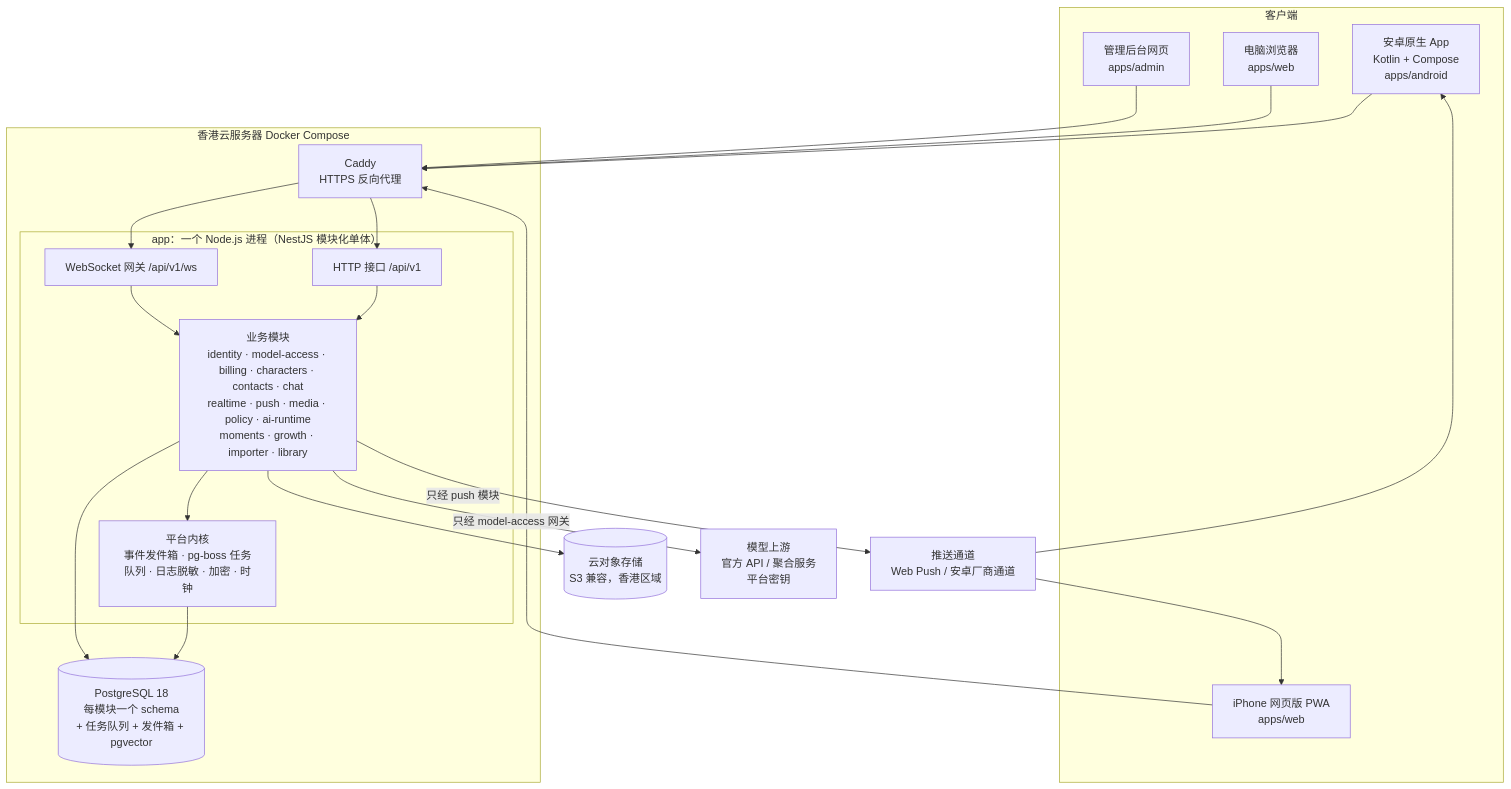
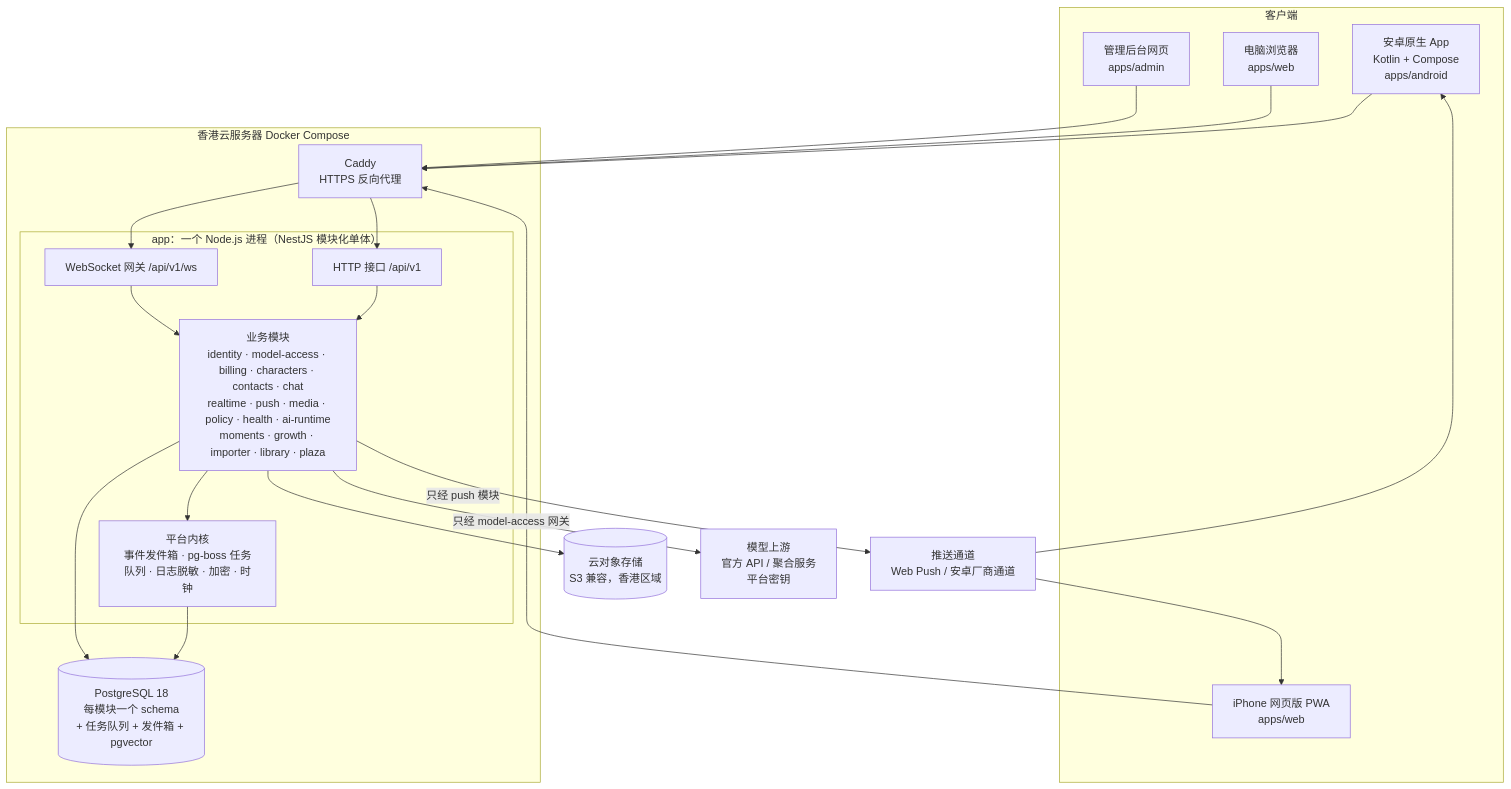
The first of 2 diagrams in docs/architecture/overview.md (yottermanzione-ship-it/weiban), drawn with Mermaid before and after one commit. The commit also changed other lines of this file and 26 other files, not shown here.

````diff
--- a/docs/architecture/overview.md
+++ b/docs/architecture/overview.md
@@ -12,36 +12,36 @@
 ```mermaid
 graph TB
   subgraph 客户端
     AND[安卓原生 App<br/>Kotlin + Compose<br/>apps/android]
     PWA[iPhone 网页版 PWA<br/>apps/web]
     WEB[电脑浏览器<br/>apps/web]
     ADM[管理后台网页<br/>apps/admin]
   end
 
   subgraph 香港云服务器 Docker Compose
     CADDY[Caddy<br/>HTTPS 反向代理]
     subgraph APP[app：一个 Node.js 进程（NestJS 模块化单体）]
       API[HTTP 接口 /api/v1]
       WS[WebSocket 网关 /api/v1/ws]
-      MODS[业务模块<br/>identity · model-access · billing · characters · contacts · chat<br/>realtime · push · media · policy · ai-runtime<br/>moments · growth · importer · library]
+      MODS[业务模块<br/>identity · model-access · billing · characters · contacts · chat<br/>realtime · push · media · policy · health · ai-runtime<br/>moments · growth · importer · library · plaza]
       KERNEL[平台内核<br/>事件发件箱 · pg-boss 任务队列 · 日志脱敏 · 加密 · 时钟]
     end
     PG[(PostgreSQL 18<br/>每模块一个 schema<br/>+ 任务队列 + 发件箱 + pgvector)]
   end
 
   OSS[(云对象存储<br/>S3 兼容，香港区域)]
   LLM[模型上游<br/>官方 API / 聚合服务<br/>平台密钥]
   PUSHSVC[推送通道<br/>Web Push / 安卓厂商通道]
 
   AND & PWA & WEB --> CADDY
   ADM --> CADDY
   CADDY --> API & WS
   API & WS --> MODS
   MODS --> KERNEL
   KERNEL --> PG
   MODS --> PG
   MODS --> OSS
   MODS -->|只经 model-access 网关| LLM
   MODS -->|只经 push 模块| PUSHSVC
   PUSHSVC --> AND & PWA
 ```
````
